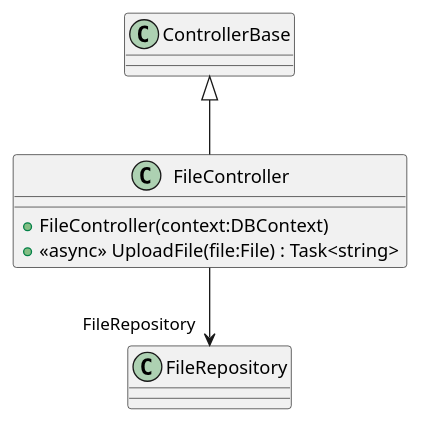
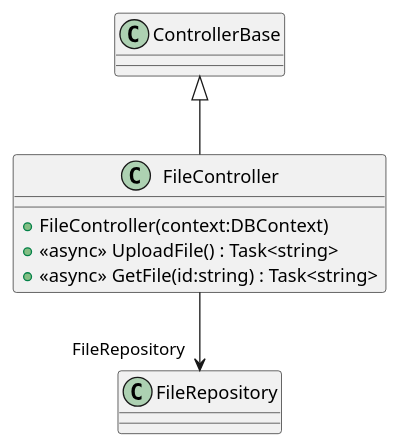
Before and after one commit to timothxy/ICT2106_P3_Project: the diagram in YouthActionDotNet/UML/Controllers/FileController.puml, drawn with PlantUML. The commit also changed 29 other files, not shown here.

```diff
--- a/YouthActionDotNet/UML/Controllers/FileController.puml
+++ b/YouthActionDotNet/UML/Controllers/FileController.puml
@@ -1,8 +1,9 @@
 @startuml
 class FileController {
     + FileController(context:DBContext)
-    + <<async>> UploadFile(file:File) : Task<string>
+    + <<async>> UploadFile() : Task<string>
+    + <<async>> GetFile(id:string) : Task<string>
 }
 ControllerBase <|-- FileController
 FileController --> "FileRepository" FileRepository
 @enduml
```
